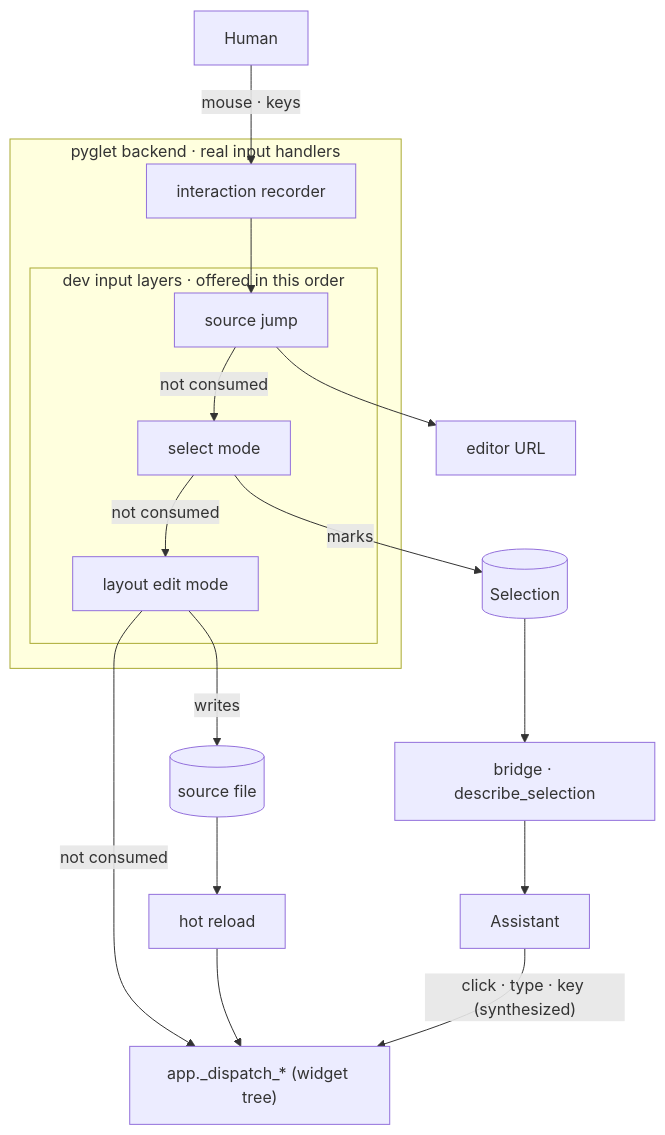
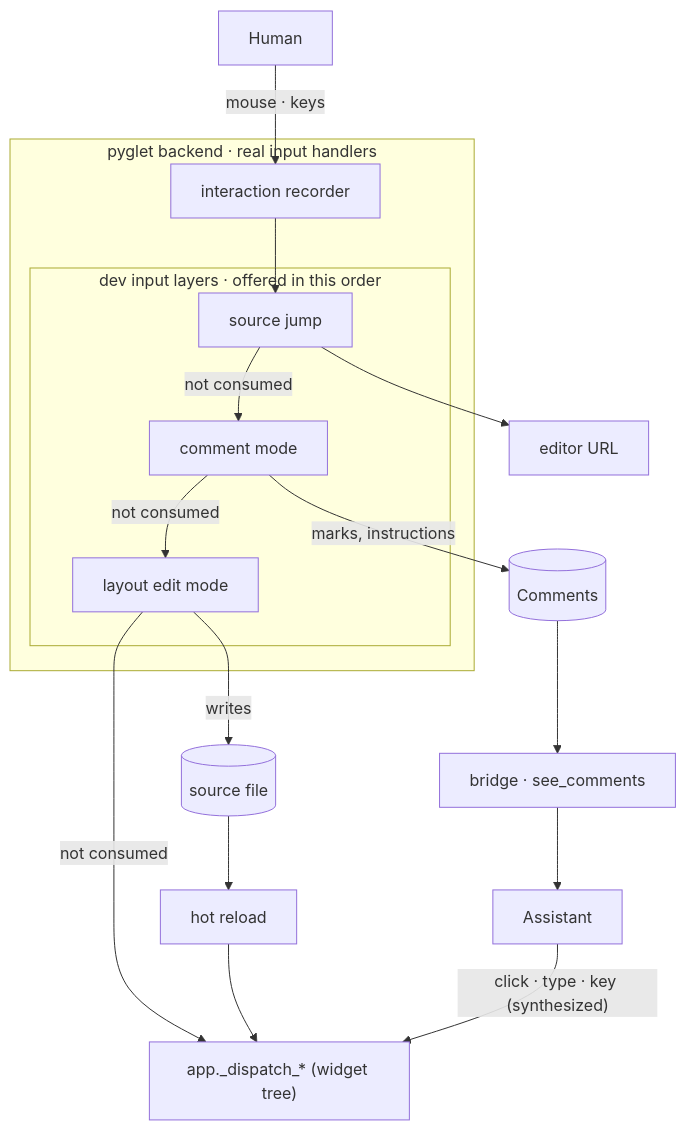
Before and after one commit to yuksblog/nuiitivet: the diagram in docs/design/DEV_MODES.md, drawn with Mermaid. The commit also changed other lines of this file and 46 other files, not shown here.

First line of the commit message:
feat(dev): comment mode -- write an instruction on a mark, rename select mode

````diff
--- a/docs/design/DEV_MODES.md
+++ b/docs/design/DEV_MODES.md
@@ -32,26 +32,26 @@
 ```mermaid
 flowchart TB
     human[Human]
     assistant[Assistant]
     subgraph backend[pyglet backend · real input handlers]
         recorder[interaction recorder]
         subgraph layers[dev input layers · offered in this order]
             jump[source jump]
-            select[select mode]
+            comment[comment mode]
             layout[layout edit mode]
         end
     end
     dispatch["app._dispatch_* (widget tree)"]
-    selection[(Selection)]
+    comments[(Comments)]
     editor[editor URL]
     file[(source file)]
     reload[hot reload]
-    bridge[bridge · describe_selection]
+    bridge[bridge · see_comments]
 
     human -- "mouse · keys" --> recorder --> jump
-    jump -- "not consumed" --> select -- "not consumed" --> layout -- "not consumed" --> dispatch
+    jump -- "not consumed" --> comment -- "not consumed" --> layout -- "not consumed" --> dispatch
     assistant -- "click · type · key (synthesized)" --> dispatch
     jump --> editor
-    select -- marks --> selection --> bridge --> assistant
+    comment -- marks, instructions --> comments --> bridge --> assistant
     layout -- writes --> file --> reload --> dispatch
 ```
````
